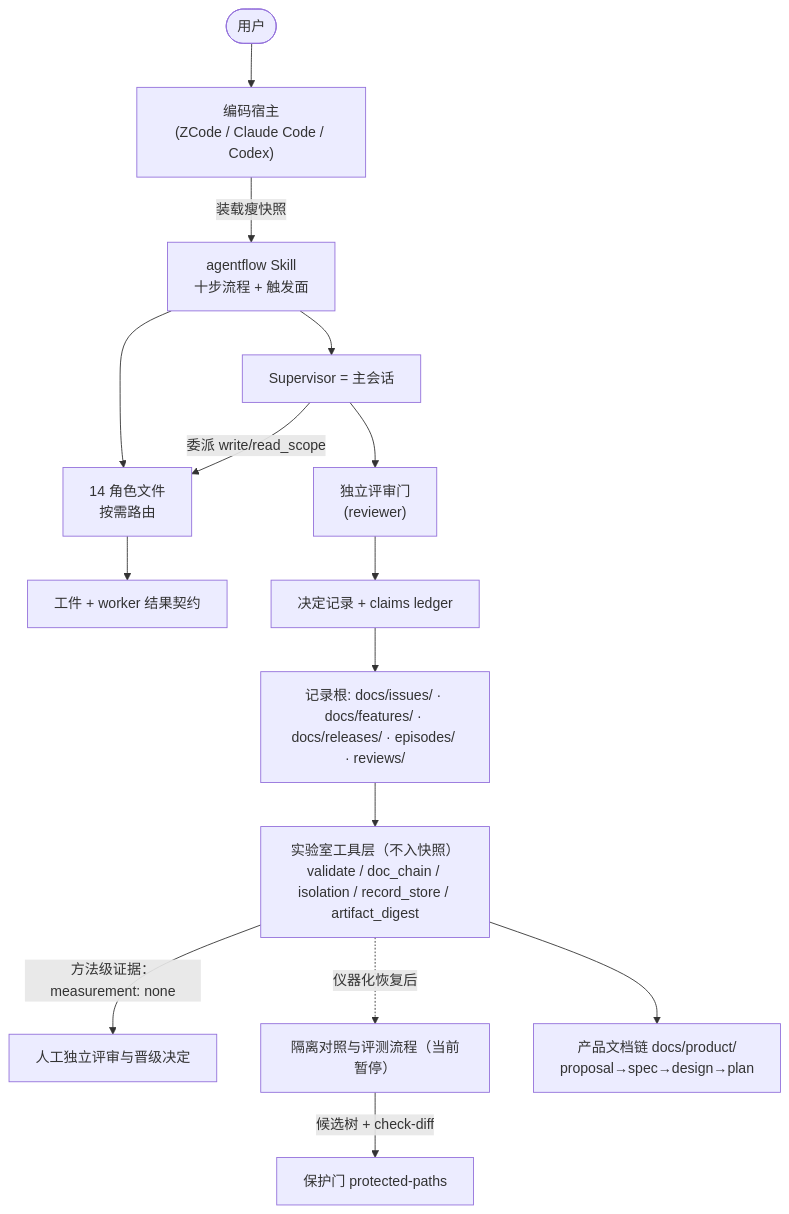
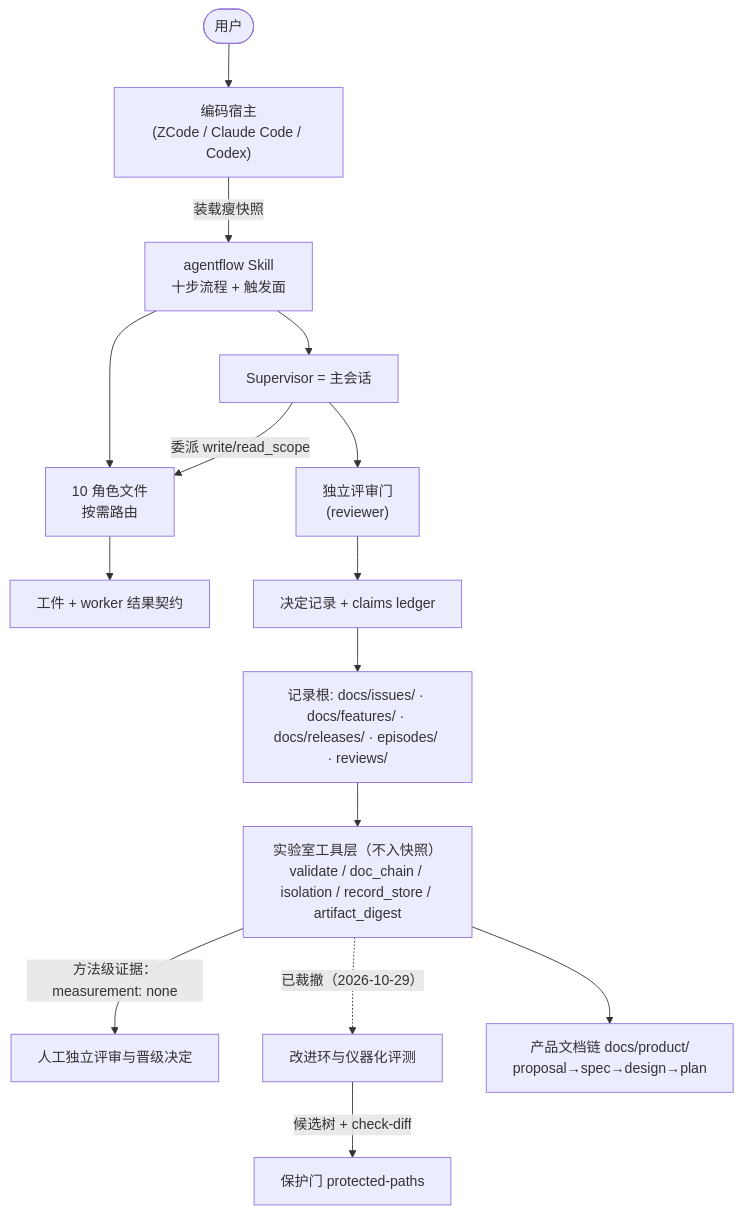
The first of 2 diagrams in docs/product/design/product-design.md (Ganseblum/agentflows), drawn with Mermaid before and after one commit. The commit also changed other lines of this file and 295 other files, not shown here.

````diff
--- a/docs/product/design/product-design.md
+++ b/docs/product/design/product-design.md
@@ -47,17 +47,17 @@
 ```mermaid
 flowchart TB
     User(["用户"]) --> Host["编码宿主<br/>(ZCode / Claude Code / Codex)"]
     Host -->|"装载瘦快照"| Skill["agentflow Skill<br/>十步流程 + 触发面"]
-    Skill --> Roles["14 角色文件<br/>按需路由"]
+    Skill --> Roles["10 角色文件<br/>按需路由"]
     Skill --> Sup["Supervisor = 主会话"]
     Sup -->|"委派 write/read_scope"| Roles
     Roles --> Out["工件 + worker 结果契约"]
     Sup --> Gate1["独立评审门<br/>(reviewer)"]
     Gate1 --> Decide["决定记录 + claims ledger"]
     Decide --> Ep["记录根: docs/issues/ · docs/features/ · docs/releases/ · episodes/ · reviews/"]
     Ep --> Inst["实验室工具层（不入快照）<br/>validate / doc_chain / isolation / record_store / artifact_digest"]
     Inst -->|"方法级证据：measurement: none"| Human["人工独立评审与晋级决定"]
-    Inst -."仪器化恢复后".-> Loop["隔离对照与评测流程（当前暂停）"]
+    Inst -."已裁撤（2026-10-29）".-> Loop["改进环与仪器化评测"]
     Loop -->|"候选树 + check-diff"| Gate2["保护门 protected-paths"]
     Inst --> Docs["产品文档链 docs/product/<br/>proposal→spec→design→plan"]
 ```
````
